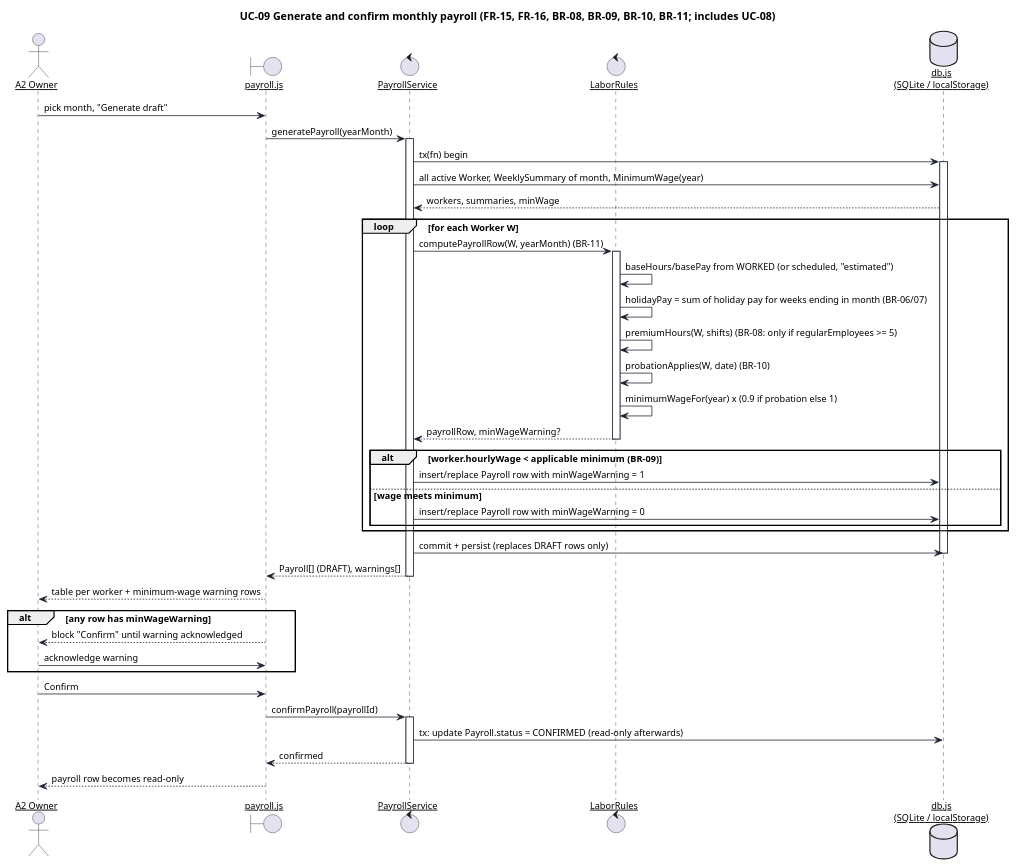
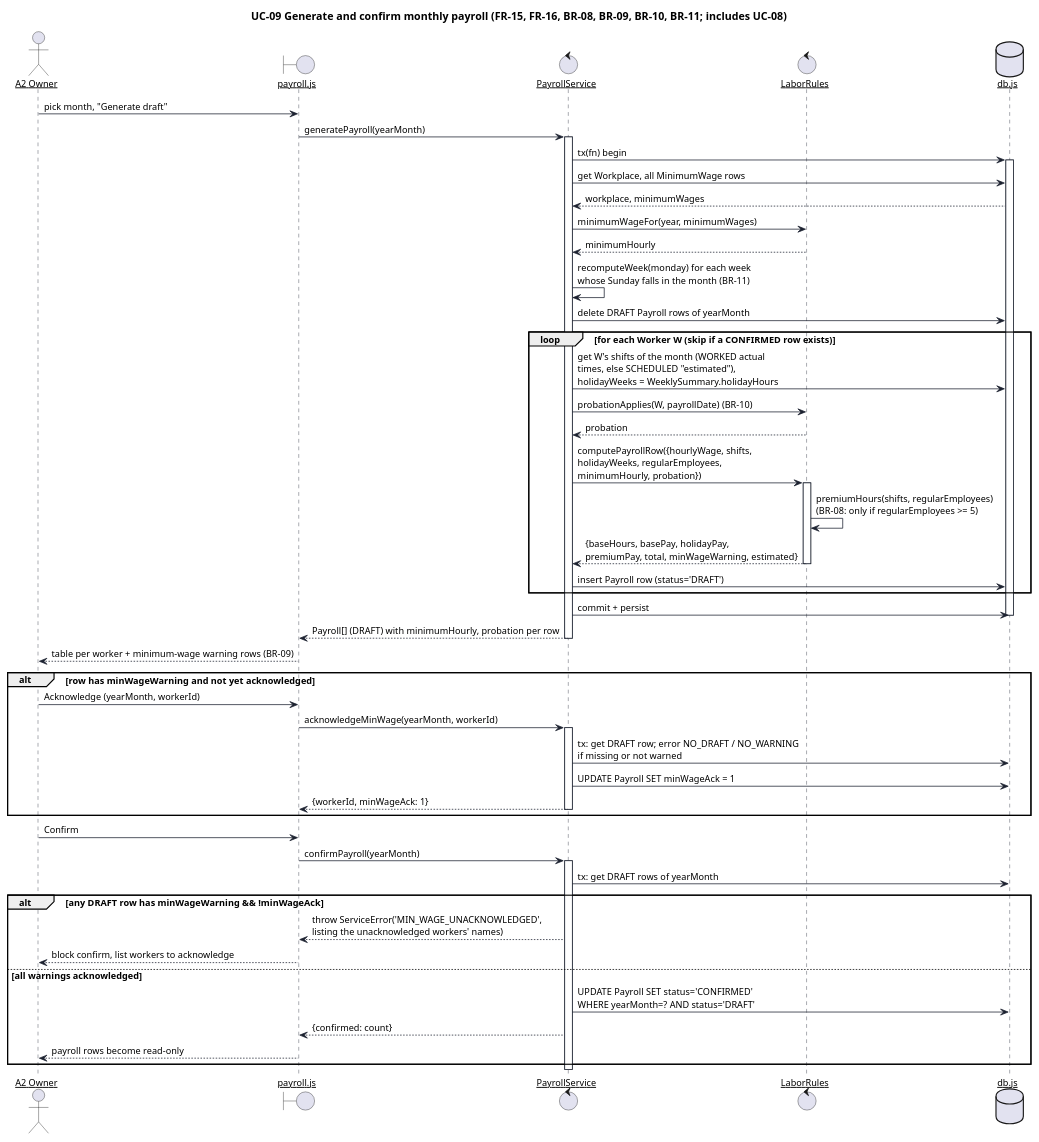
The diagram in uml/src/seq-4-payroll.puml (keemlogan/shiftswap), drawn with PlantUML before and after one commit. The commit also changed 95 other files, not shown here.

Commit message:
Iteration 3: v3 UI, tests 62, UML aligned with code, report chapters 1-6 and 8, prompt v4 written

```diff
--- a/uml/src/seq-4-payroll.puml
+++ b/uml/src/seq-4-payroll.puml
@@ -1,70 +1,82 @@
 @startuml seq-4-payroll
 skinparam defaultFontName "Helvetica"
 skinparam defaultFontSize 12
 skinparam shadowing false
 skinparam backgroundColor #FFFFFF
 skinparam sequenceArrowThickness 1
 skinparam sequenceParticipant underline
 skinparam participant {
   BackgroundColor #FFFFFF
   BorderColor #1C2230
 }
 skinparam sequence {
   LifeLineBorderColor #1C2230
   ArrowColor #1C2230
   BoxBorderColor #1C2230
 }
 
 title UC-09 Generate and confirm monthly payroll (FR-15, FR-16, BR-08, BR-09, BR-10, BR-11; includes UC-08)
 
 actor "A2 Owner" as Owner
 boundary "payroll.js" as UI
 control "PayrollService" as Svc
 control "LaborRules" as Rules
-database "db.js\n(SQLite / localStorage)" as DB
+database "db.js" as DB
 
 Owner -> UI : pick month, "Generate draft"
 UI -> Svc : generatePayroll(yearMonth)
 activate Svc
 Svc -> DB : tx(fn) begin
 activate DB
-Svc -> DB : all active Worker, WeeklySummary of month, MinimumWage(year)
-DB --> Svc : workers, summaries, minWage
+Svc -> DB : get Workplace, all MinimumWage rows
+DB --> Svc : workplace, minimumWages
 
-loop for each Worker W
-  Svc -> Rules : computePayrollRow(W, yearMonth) (BR-11)
+Svc -> Rules : minimumWageFor(year, minimumWages)
+Rules --> Svc : minimumHourly
+
+Svc -> Svc : recomputeWeek(monday) for each week\nwhose Sunday falls in the month (BR-11)
+Svc -> DB : delete DRAFT Payroll rows of yearMonth
+
+loop for each Worker W (skip if a CONFIRMED row exists)
+  Svc -> DB : get W's shifts of the month (WORKED actual\ntimes, else SCHEDULED "estimated"),\nholidayWeeks = WeeklySummary.holidayHours
+  Svc -> Rules : probationApplies(W, payrollDate) (BR-10)
+  Rules --> Svc : probation
+  Svc -> Rules : computePayrollRow({hourlyWage, shifts,\nholidayWeeks, regularEmployees,\nminimumHourly, probation})
   activate Rules
-  Rules -> Rules : baseHours/basePay from WORKED (or scheduled, "estimated")
-  Rules -> Rules : holidayPay = sum of holiday pay for weeks ending in month (BR-06/07)
-  Rules -> Rules : premiumHours(W, shifts) (BR-08: only if regularEmployees >= 5)
-  Rules -> Rules : probationApplies(W, date) (BR-10)
-  Rules -> Rules : minimumWageFor(year) x (0.9 if probation else 1)
-  Rules --> Svc : payrollRow, minWageWarning?
+  Rules -> Rules : premiumHours(shifts, regularEmployees)\n(BR-08: only if regularEmployees >= 5)
+  Rules --> Svc : {baseHours, basePay, holidayPay,\npremiumPay, total, minWageWarning, estimated}
   deactivate Rules
-
-  alt worker.hourlyWage < applicable minimum (BR-09)
-    Svc -> DB : insert/replace Payroll row with minWageWarning = 1
-  else wage meets minimum
-    Svc -> DB : insert/replace Payroll row with minWageWarning = 0
-  end
+  Svc -> DB : insert Payroll row (status='DRAFT')
 end
 
-Svc -> DB : commit + persist (replaces DRAFT rows only)
+Svc -> DB : commit + persist
 deactivate DB
-Svc --> UI : Payroll[] (DRAFT), warnings[]
+Svc --> UI : Payroll[] (DRAFT) with minimumHourly, probation per row
 deactivate Svc
-UI --> Owner : table per worker + minimum-wage warning rows
+UI --> Owner : table per worker + minimum-wage warning rows (BR-09)
 
-alt any row has minWageWarning
-  UI --> Owner : block "Confirm" until warning acknowledged
-  Owner -> UI : acknowledge warning
+alt row has minWageWarning and not yet acknowledged
+  Owner -> UI : Acknowledge (yearMonth, workerId)
+  UI -> Svc : acknowledgeMinWage(yearMonth, workerId)
+  activate Svc
+  Svc -> DB : tx: get DRAFT row; error NO_DRAFT / NO_WARNING\nif missing or not warned
+  Svc -> DB : UPDATE Payroll SET minWageAck = 1
+  Svc --> UI : {workerId, minWageAck: 1}
+  deactivate Svc
 end
 
 Owner -> UI : Confirm
-UI -> Svc : confirmPayroll(payrollId)
+UI -> Svc : confirmPayroll(yearMonth)
 activate Svc
-Svc -> DB : tx: update Payroll.status = CONFIRMED (read-only afterwards)
-Svc --> UI : confirmed
+Svc -> DB : tx: get DRAFT rows of yearMonth
+
+alt any DRAFT row has minWageWarning && !minWageAck
+  Svc --> UI : throw ServiceError('MIN_WAGE_UNACKNOWLEDGED',\nlisting the unacknowledged workers' names)
+  UI --> Owner : block confirm, list workers to acknowledge
+else all warnings acknowledged
+  Svc -> DB : UPDATE Payroll SET status='CONFIRMED'\nWHERE yearMonth=? AND status='DRAFT'
+  Svc --> UI : {confirmed: count}
+  UI --> Owner : payroll rows become read-only
+end
 deactivate Svc
-UI --> Owner : payroll row becomes read-only
 @enduml
```
